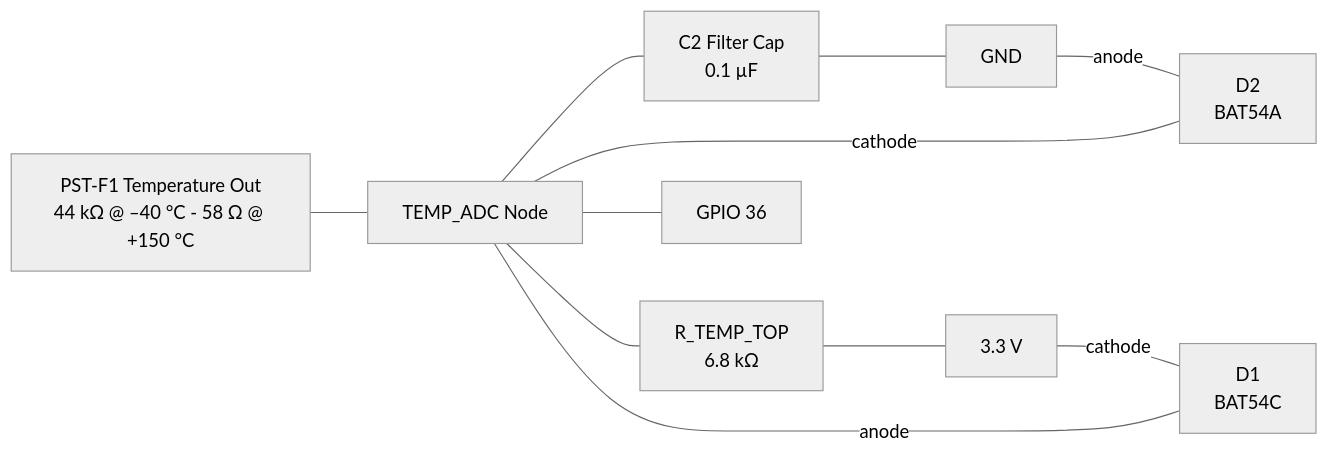
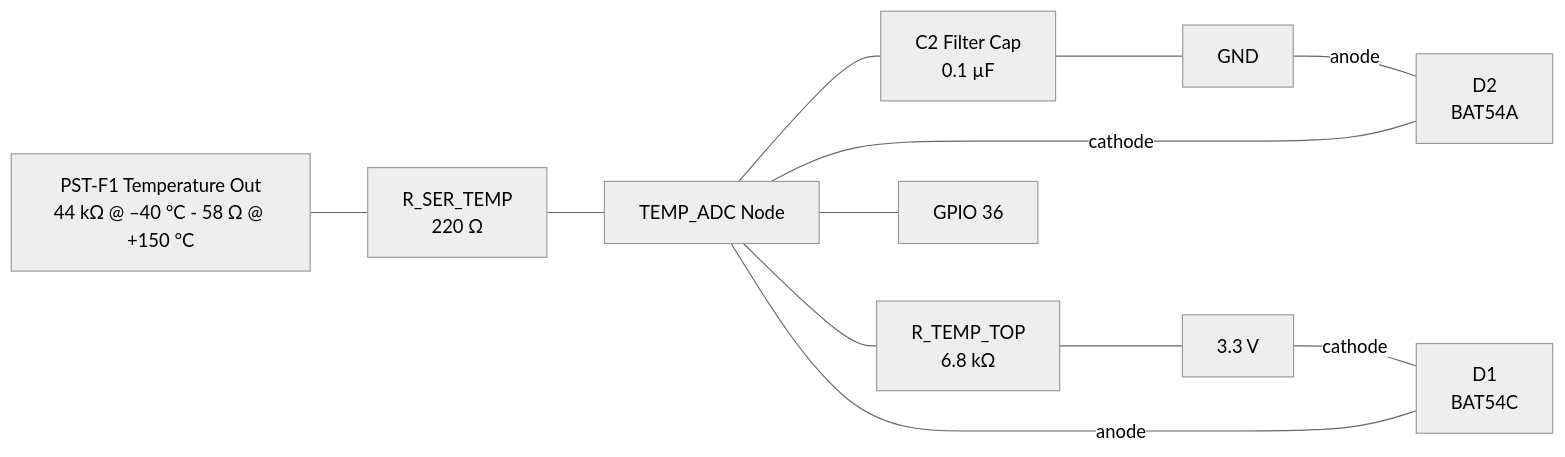
One commit to DinoLeung/can-bus-injector changed the second of 2 diagrams in bolt-on-bosch-pst-f-1/README.md. Above: the diagram before and after it, drawn with Mermaid (neutral theme). The commit also changed other lines of this file and 4 other files, not shown here.

````diff
--- a/bolt-on-bosch-pst-f-1/README.md
+++ b/bolt-on-bosch-pst-f-1/README.md
@@ -70,20 +71,21 @@
 ``` mermaid
 flowchart LR
   PSTF1_P["PST-F1 Temperature Out<br/>44 kΩ @ –40 °C - 58 Ω @ +150 °C"]
+  R_SER_TEMP["R_SER_TEMP<br/>220 Ω"]
   R_TEMP_TOP["R_TEMP_TOP<br/>6.8 kΩ"]
   TEMP_ADC["TEMP_ADC Node"]
   D1["D1<br/>BAT54C"]
   D2["D2<br/>BAT54A"]
   C2["C2 Filter Cap<br/>0.1 µF"]
   GND["GND"]
   VCC["3.3 V"]
   GPIO["GPIO 36"]
 
-  PSTF1_P --- TEMP_ADC
+  PSTF1_P --- R_SER_TEMP --- TEMP_ADC
   TEMP_ADC --- C2 --- GND
   TEMP_ADC --- R_TEMP_TOP --- VCC
   VCC ---|cathode| D1  ---|anode| TEMP_ADC
   GND ---|anode| D2
   D2 ---|cathode| TEMP_ADC
   TEMP_ADC --- GPIO
 ```
````
